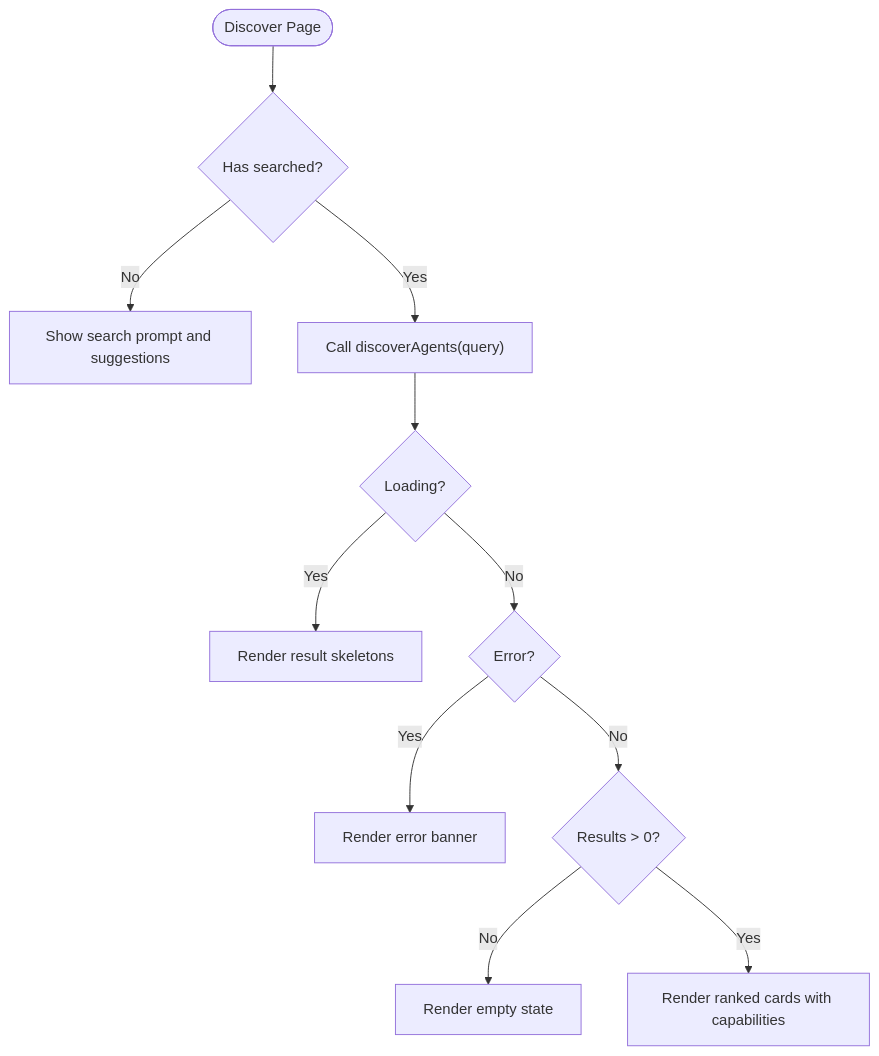
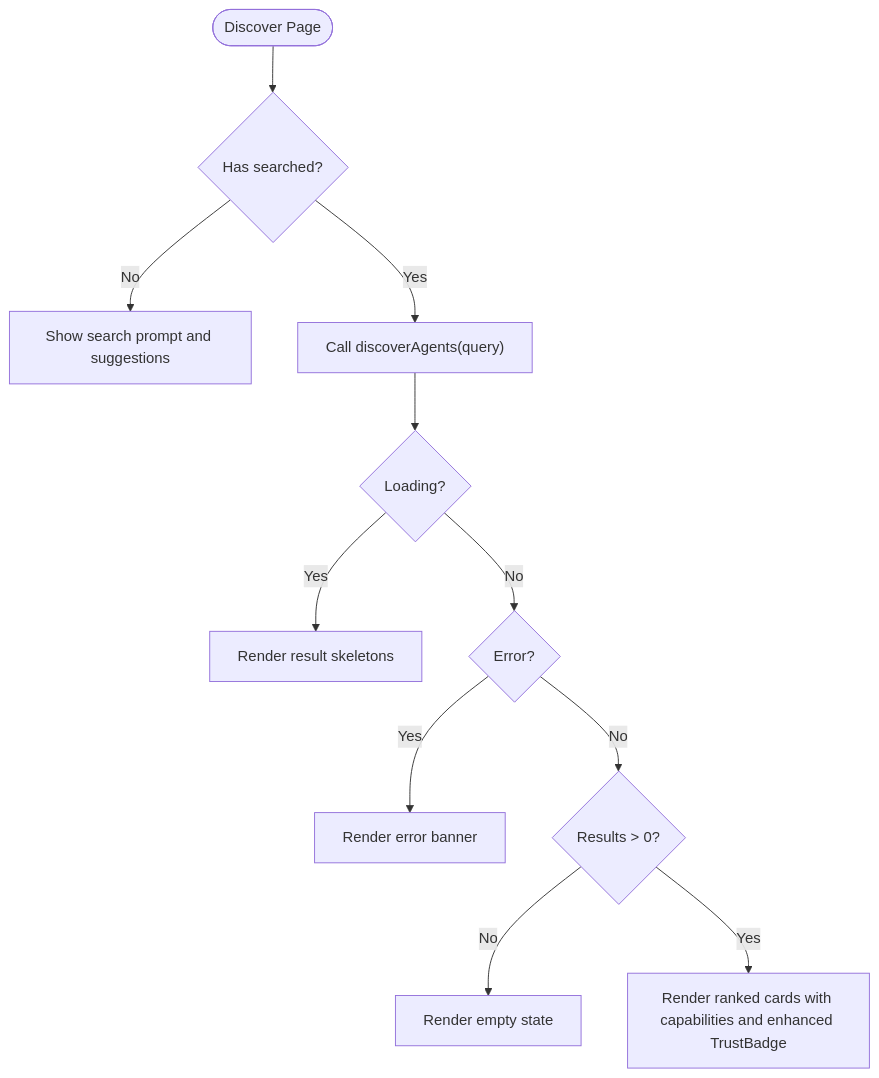
Before and after one commit to RunTimeAdmin/AgentID: the sixth of 8 diagrams in .qoder/repowiki/en/content/Frontend Application/Frontend Application.md, drawn with Mermaid. The commit also changed other lines of this file and 9 other files, not shown here.

````diff
--- a/.qoder/repowiki/en/content/Frontend Application/Frontend Application.md
+++ b/.qoder/repowiki/en/content/Frontend Application/Frontend Application.md
@@ -297,13 +323,13 @@
 ```mermaid
 flowchart TD
 Start(["Discover Page"]) --> Prompt{"Has searched?"}
 Prompt --> |No| ShowPrompt["Show search prompt and suggestions"]
 Prompt --> |Yes| Search["Call discoverAgents(query)"]
 Search --> Loading{"Loading?"}
 Loading --> |Yes| ShowSkeletons["Render result skeletons"]
 Loading --> |No| HasError{"Error?"}
 HasError --> |Yes| ShowError["Render error banner"]
 HasError --> |No| HasResults{"Results > 0?"}
 HasResults --> |No| ShowEmpty["Render empty state"]
-HasResults --> |Yes| RenderResults["Render ranked cards with capabilities"]
+HasResults --> |Yes| RenderResults["Render ranked cards with capabilities and enhanced TrustBadge"]
 ```
````
